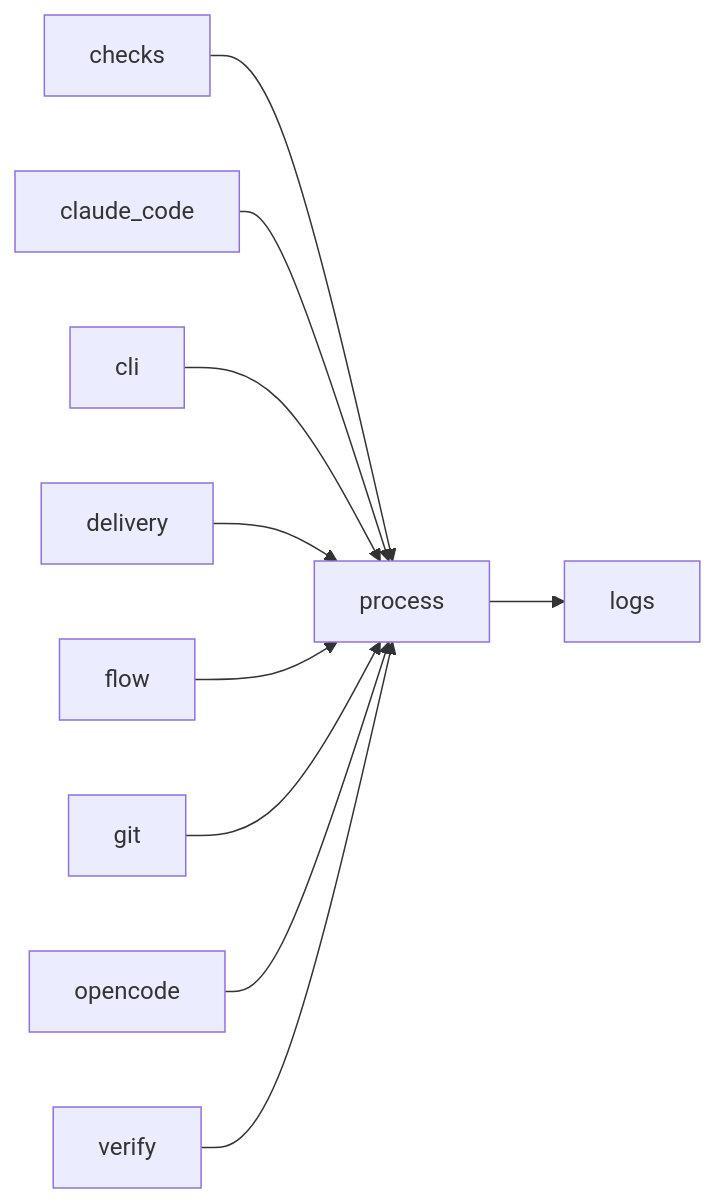
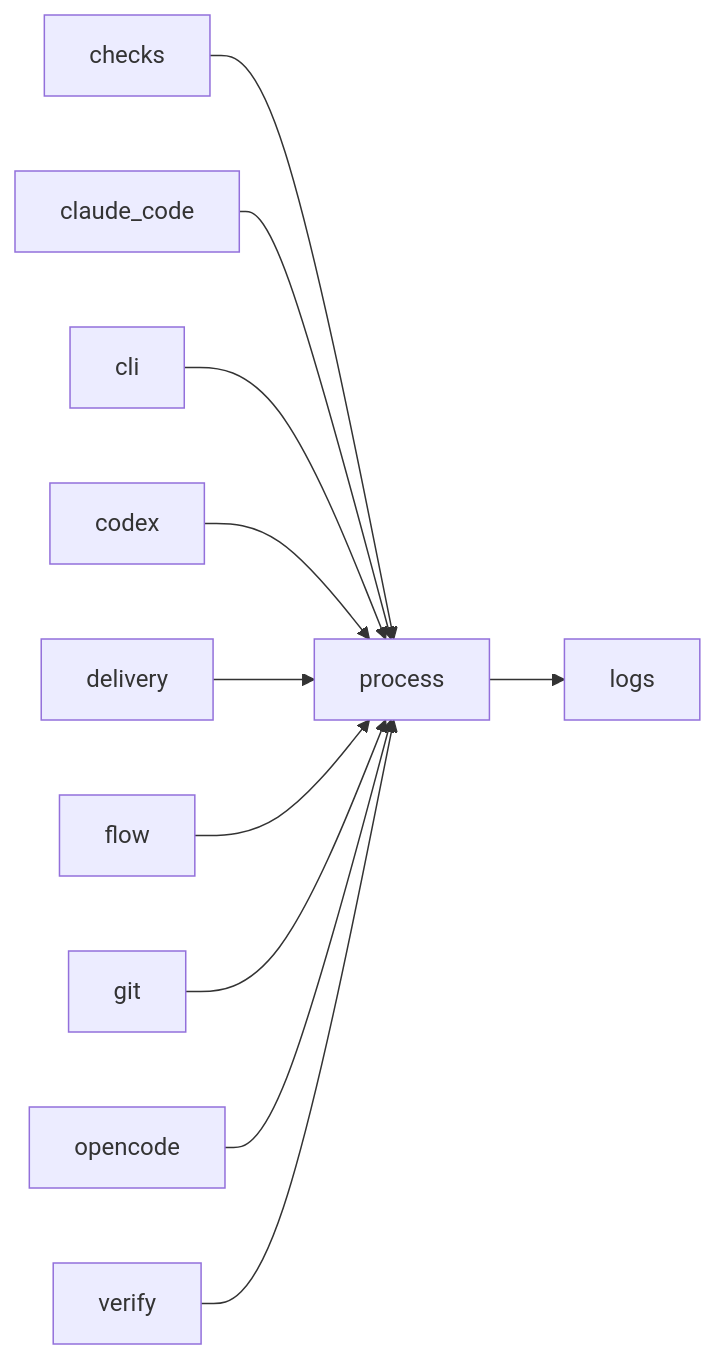
The third of 3 diagrams in docs/architecture/modules/process.md (plaplanche/ariane), drawn with Mermaid before and after one commit. The commit also changed 30 other files, not shown here.

````diff
--- a/docs/architecture/modules/process.md
+++ b/docs/architecture/modules/process.md
@@ -82,12 +82,13 @@
 ```mermaid
 flowchart LR
   checks --> process
   claude_code --> process
   cli --> process
+  codex --> process
   delivery --> process
   flow --> process
   git --> process
   opencode --> process
   process --> logs
   verify --> process
 ```
````
